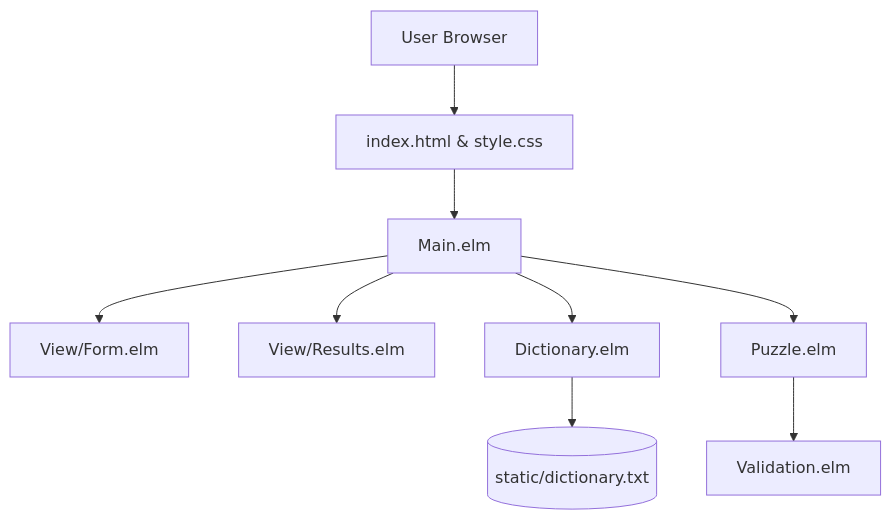
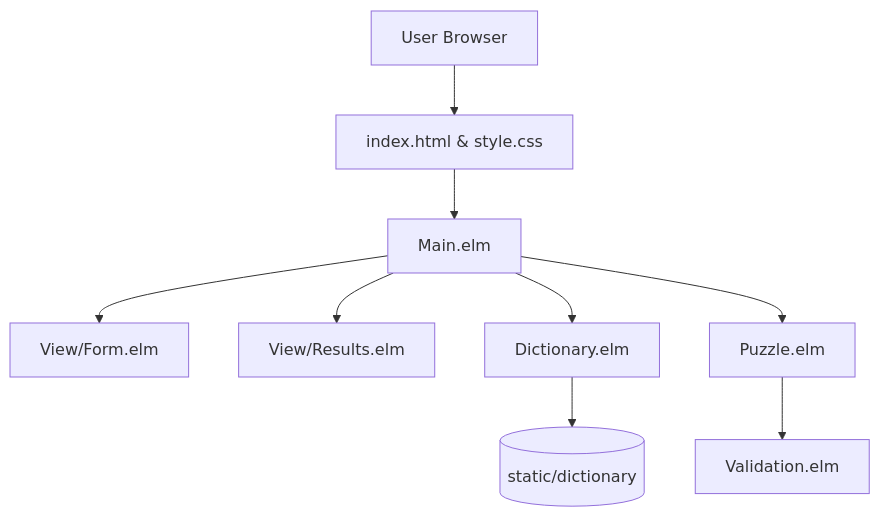
Before and after one commit to frankhjung/elm-wordpuzzle: the diagram in docs/design.md, drawn with Mermaid. The commit also changed other lines of this file and 13 other files, not shown here.

````diff
--- a/docs/design.md
+++ b/docs/design.md
@@ -33,11 +36,11 @@
 ```mermaid
 flowchart TD
-  U[User Browser] --> HTML[index.html & style.css]
-  HTML --> M[Main.elm]
-  M --> VF[View/Form.elm]
-  M --> VR[View/Results.elm]
-  M --> D[Dictionary.elm]
-  M --> P[Puzzle.elm]
-  P --> V[Validation.elm]
-  D --> TXT[(static/dictionary.txt)]
+    U[User Browser] --> HTML[index.html & style.css]
+    HTML --> M[Main.elm]
+    M --> VF[View/Form.elm]
+    M --> VR[View/Results.elm]
+    M --> D[Dictionary.elm]
+    M --> P[Puzzle.elm]
+    P --> V[Validation.elm]
+    D --> TXT[(static/dictionary)]
 ```
````
